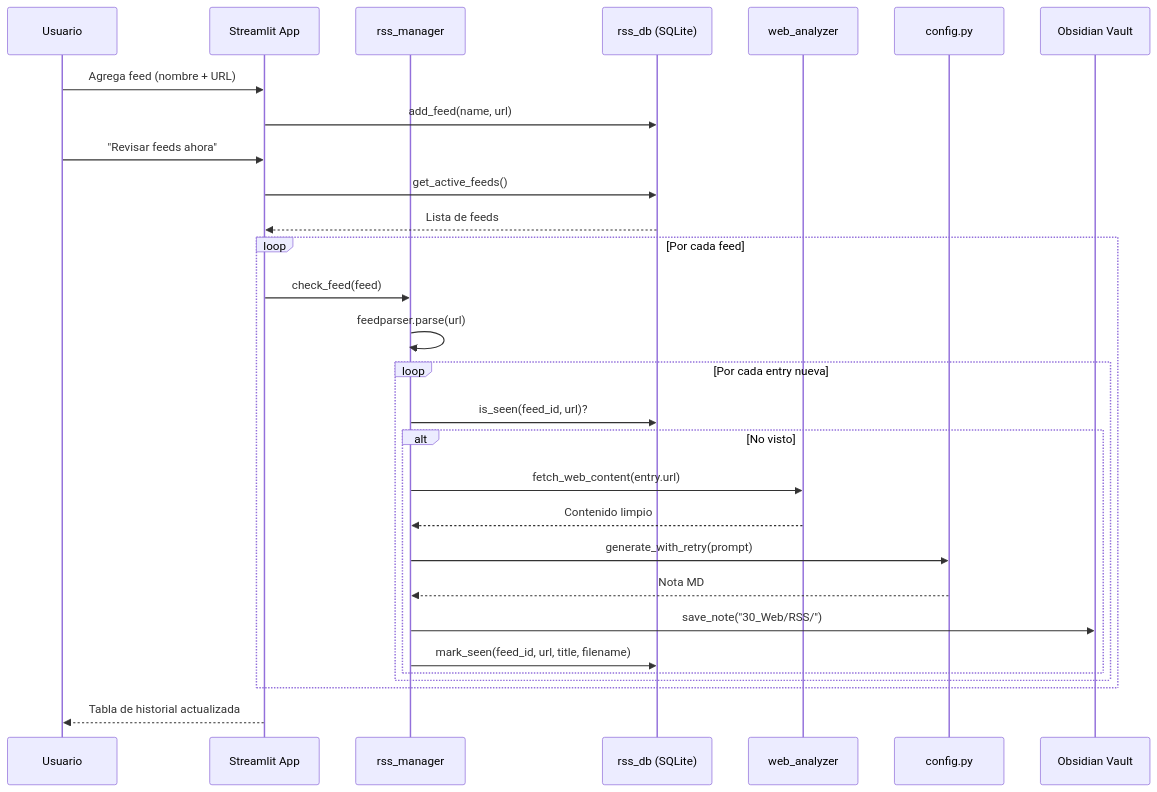
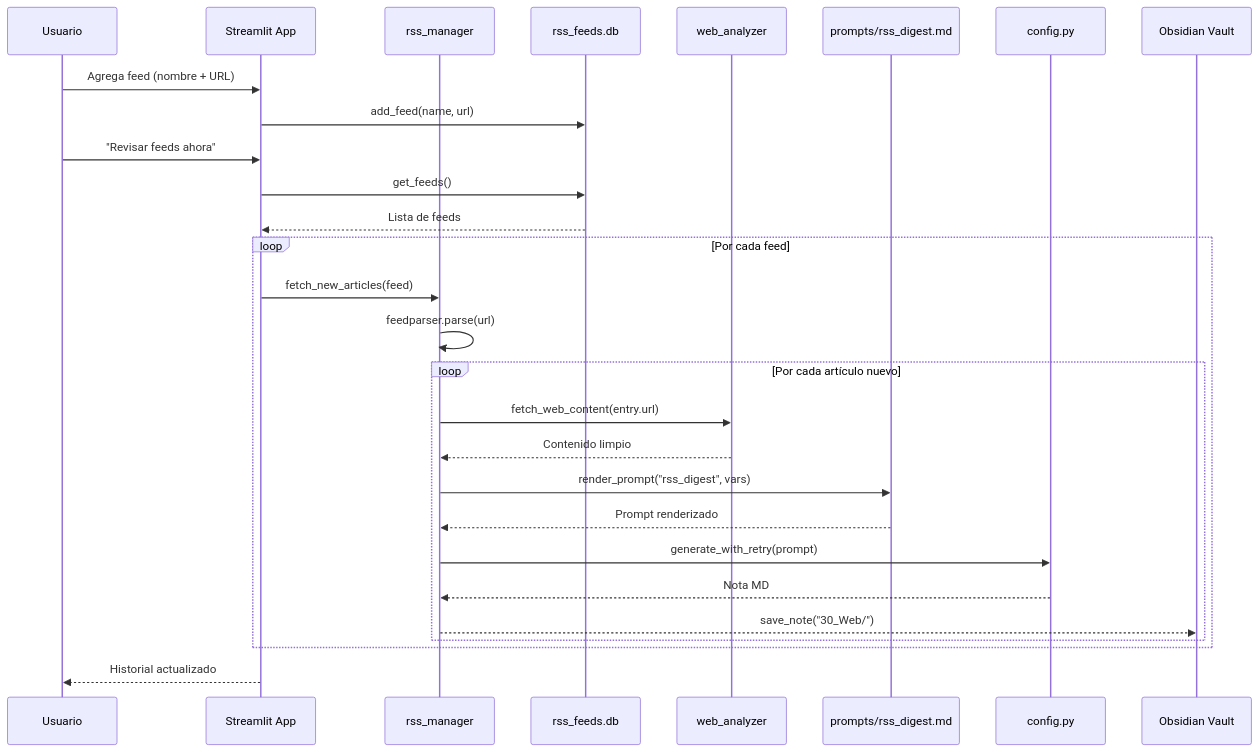
The fourth of 8 diagrams in docs/FLOWS.md (luuisaguilar/deep-audit-knowledge-engine), drawn with Mermaid before and after one commit. The commit also changed other lines of this file and 7 other files, not shown here.

````diff
--- a/docs/FLOWS.md
+++ b/docs/FLOWS.md
@@ -86,34 +122,33 @@
 ```mermaid
 sequenceDiagram
     participant U as Usuario
     participant S as Streamlit App
     participant RM as rss_manager
-    participant DB as rss_db (SQLite)
+    participant RDB as rss_feeds.db
     participant W as web_analyzer
+    participant PT as prompts/rss_digest.md
     participant C as config.py
     participant V as Obsidian Vault
 
     U->>S: Agrega feed (nombre + URL)
-    S->>DB: add_feed(name, url)
+    S->>RDB: add_feed(name, url)
 
     U->>S: "Revisar feeds ahora"
-    S->>DB: get_active_feeds()
-    DB-->>S: Lista de feeds
+    S->>RDB: get_feeds()
+    RDB-->>S: Lista de feeds
 
     loop Por cada feed
-        S->>RM: check_feed(feed)
+        S->>RM: fetch_new_articles(feed)
         RM->>RM: feedparser.parse(url)
-        loop Por cada entry nueva
-            RM->>DB: is_seen(feed_id, url)?
-            alt No visto
-                RM->>W: fetch_web_content(entry.url)
-                W-->>RM: Contenido limpio
-                RM->>C: generate_with_retry(prompt)
-                C-->>RM: Nota MD
-                RM->>V: save_note("30_Web/RSS/")
-                RM->>DB: mark_seen(feed_id, url, title, filename)
-            end
+        loop Por cada artículo nuevo
+            RM->>W: fetch_web_content(entry.url)
+            W-->>RM: Contenido limpio
+            RM->>PT: render_prompt("rss_digest", vars)
+            PT-->>RM: Prompt renderizado
+            RM->>C: generate_with_retry(prompt)
+            C-->>RM: Nota MD
+            RM-->>V: save_note("30_Web/")
         end
     end
-    S-->>U: Tabla de historial actualizada
+    S-->>U: Historial actualizado
 ```
````
